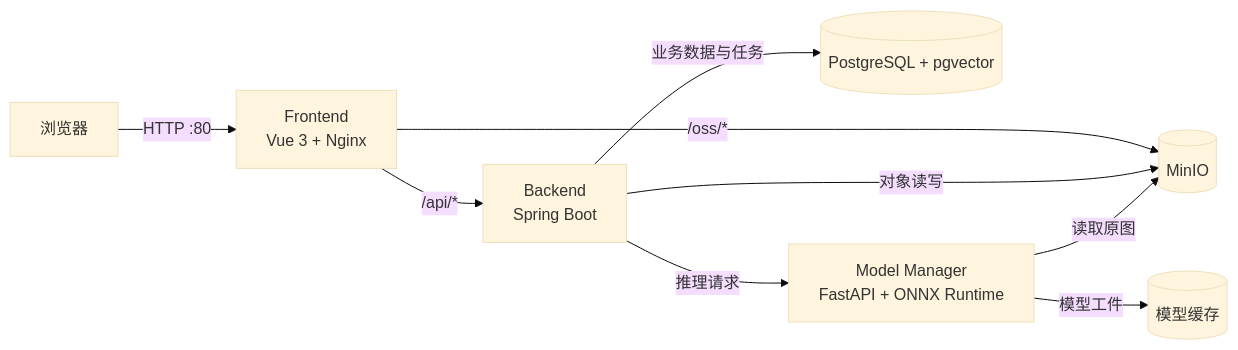
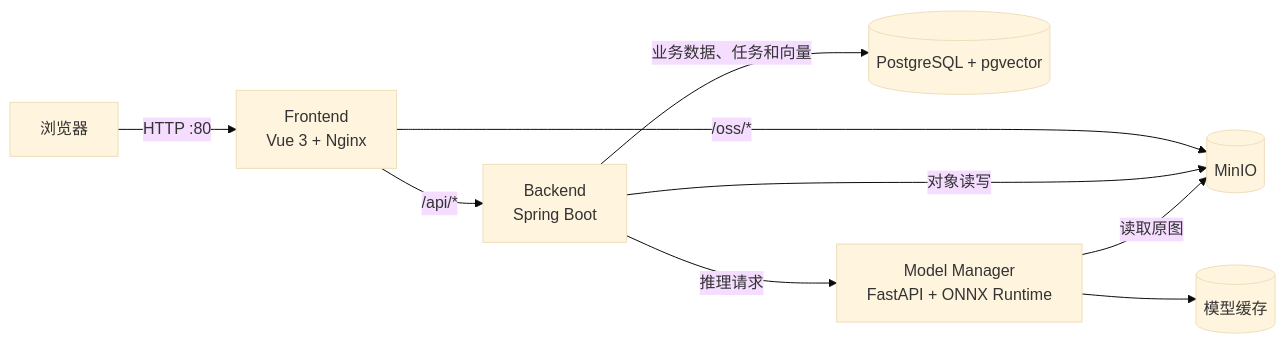
Before and after one commit to tamakara/bakabooru: the diagram in docs/architecture.md, drawn with Mermaid (base theme). The commit also changed other lines of this file and 32 other files, not shown here.

````diff
--- a/docs/architecture.md
+++ b/docs/architecture.md
@@ -7,11 +5,11 @@
 ```mermaid
 flowchart LR
     User[浏览器] -->|HTTP :80| Frontend[Frontend<br/>Vue 3 + Nginx]
     Frontend -->|/api/*| Backend[Backend<br/>Spring Boot]
     Frontend -->|/oss/*| MinIO[(MinIO)]
-    Backend -->|业务数据与任务| PostgreSQL[(PostgreSQL + pgvector)]
+    Backend -->|业务数据、任务和向量| PostgreSQL[(PostgreSQL + pgvector)]
     Backend -->|对象读写| MinIO
     Backend -->|推理请求| Manager[Model Manager<br/>FastAPI + ONNX Runtime]
     Manager -->|读取原图| MinIO
-    Manager -->|模型工件| Cache[(模型缓存)]
+    Manager --> Cache[(模型缓存)]
 ```
````
